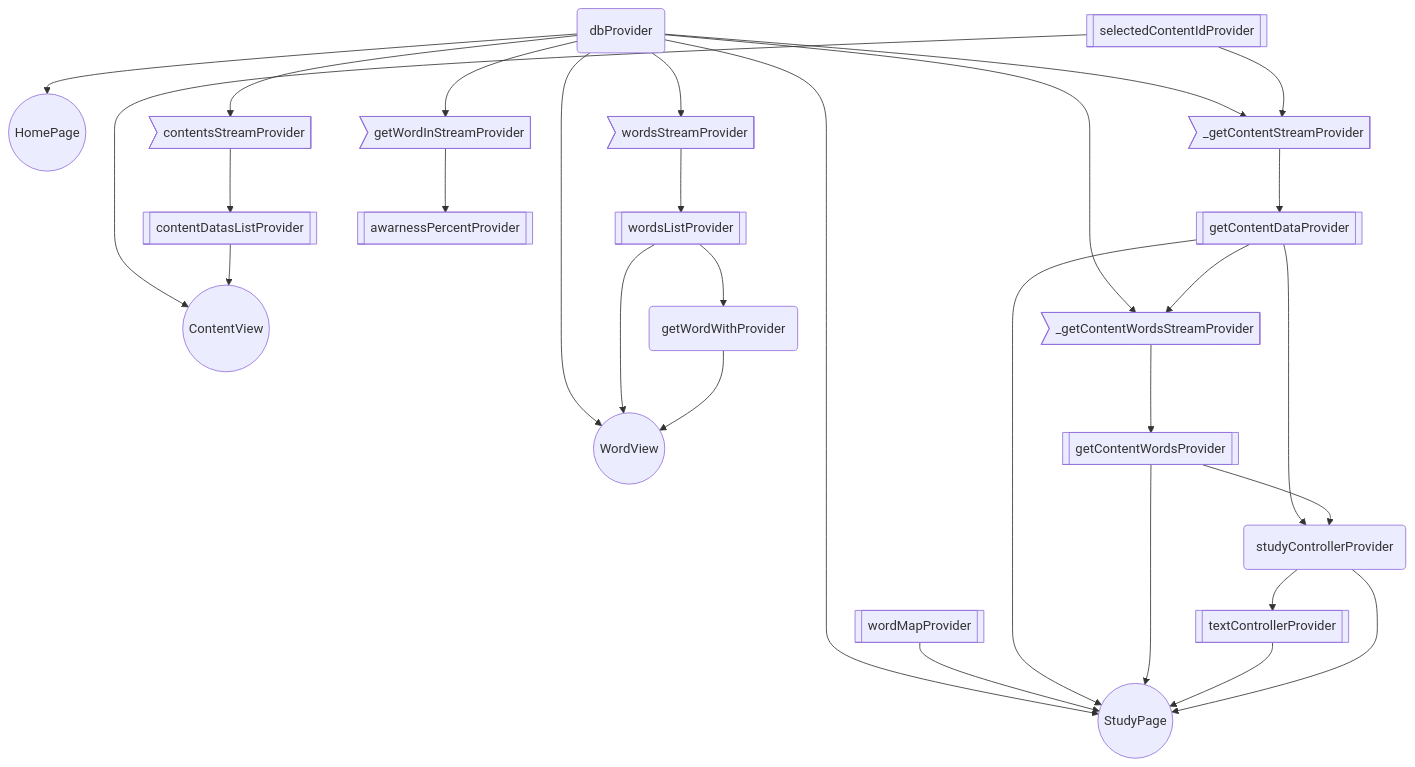
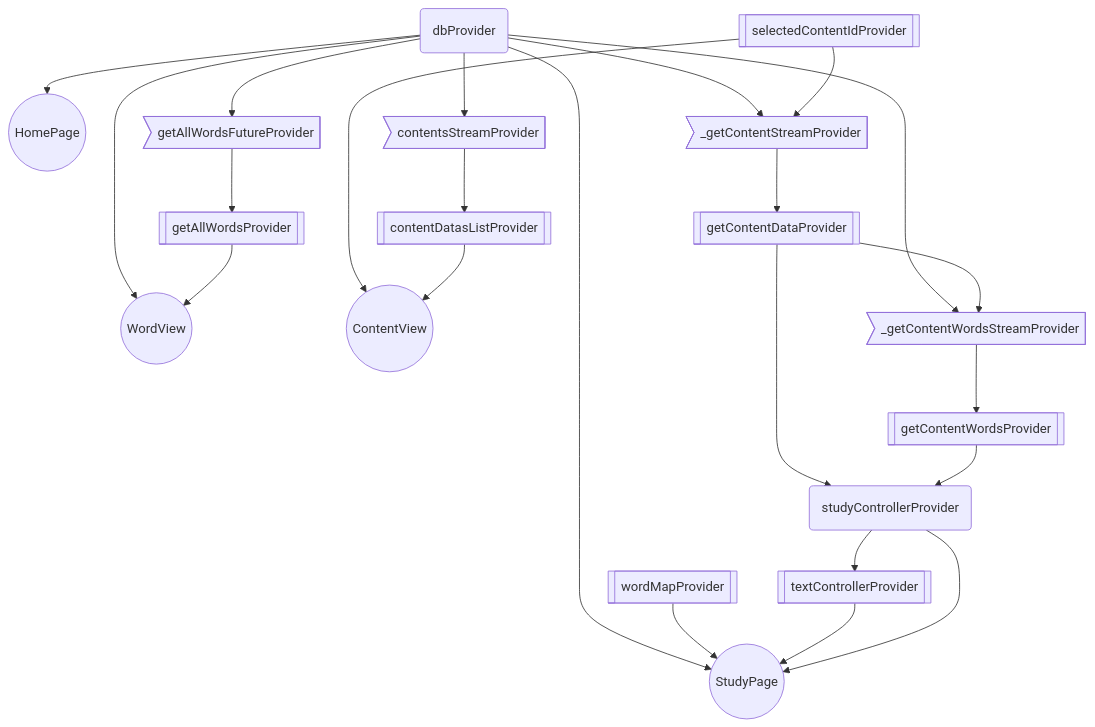
Before and after one commit to hpn33/landlearn: the diagram in riverpod_diagram.md, drawn with Mermaid. The commit also changed 5 other files, not shown here.

Commit message:
refactor data flow on word view

````diff
--- a/riverpod_diagram.md
+++ b/riverpod_diagram.md
@@ -2,58 +2,49 @@
 ```mermaid
 graph TD;
 
 
 
 9(dbProvider) --> 3((HomePage)) ;
 
 9(dbProvider) --> 4((StudyPage)) ;
 10[[wordMapProvider]] --> 4((StudyPage)) ;
-13[[getContentDataProvider]] --> 4((StudyPage)) ;
-15[[getContentWordsProvider]] --> 4((StudyPage)) ;
 16[[textControllerProvider]] --> 4((StudyPage)) ;
 17(studyControllerProvider) --> 4((StudyPage)) ;
 
 
 
 9(dbProvider) --> 7((WordView)) ;
-24[[wordsListProvider]] --> 7((WordView)) ;
-25(getWordWithProvider) --> 7((WordView)) ;
+22[[getAllWordsProvider]] --> 7((WordView)) ;
 
 11[[selectedContentIdProvider]] --> 8((ContentView)) ;
 19[[contentDatasListProvider]] --> 8((ContentView)) ;
 
 
 
 
 9(dbProvider) --> 12>_getContentStreamProvider] ;
 11[[selectedContentIdProvider]] --> 12>_getContentStreamProvider] ;
 
 12>_getContentStreamProvider] --> 13[[getContentDataProvider]] ;
 
 9(dbProvider) --> 14>_getContentWordsStreamProvider] ;
 13[[getContentDataProvider]] --> 14>_getContentWordsStreamProvider] ;
 
 14>_getContentWordsStreamProvider] --> 15[[getContentWordsProvider]] ;
 
 17(studyControllerProvider) --> 16[[textControllerProvider]] ;
 
 13[[getContentDataProvider]] --> 17(studyControllerProvider) ;
 15[[getContentWordsProvider]] --> 17(studyControllerProvider) ;
 
 9(dbProvider) --> 18>contentsStreamProvider] ;
 
 18>contentsStreamProvider] --> 19[[contentDatasListProvider]] ;
 
-9(dbProvider) --> 20>getWordInStreamProvider] ;
 
-20>getWordInStreamProvider] --> 21[[awarnessPercentProvider]] ;
+9(dbProvider) --> 21>getAllWordsFutureProvider] ;
 
-
-9(dbProvider) --> 23>wordsStreamProvider] ;
-
-23>wordsStreamProvider] --> 24[[wordsListProvider]] ;
-
-24[[wordsListProvider]] --> 25(getWordWithProvider) ;
+21>getAllWordsFutureProvider] --> 22[[getAllWordsProvider]] ;
 
 
 ```
````
